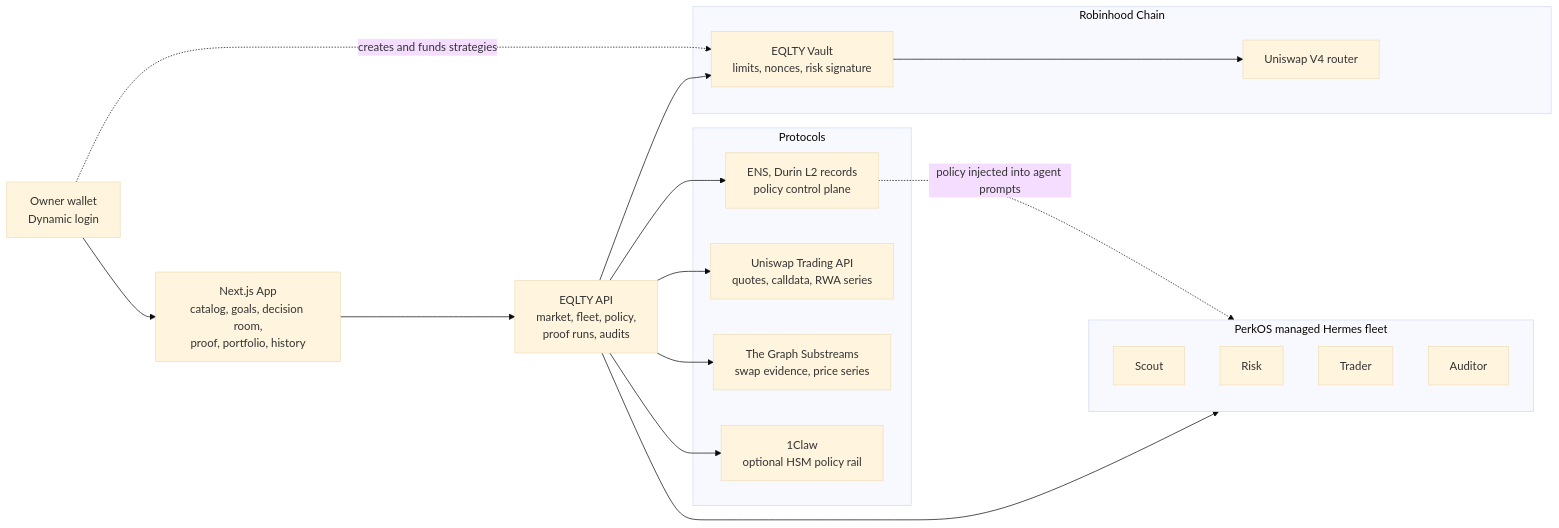
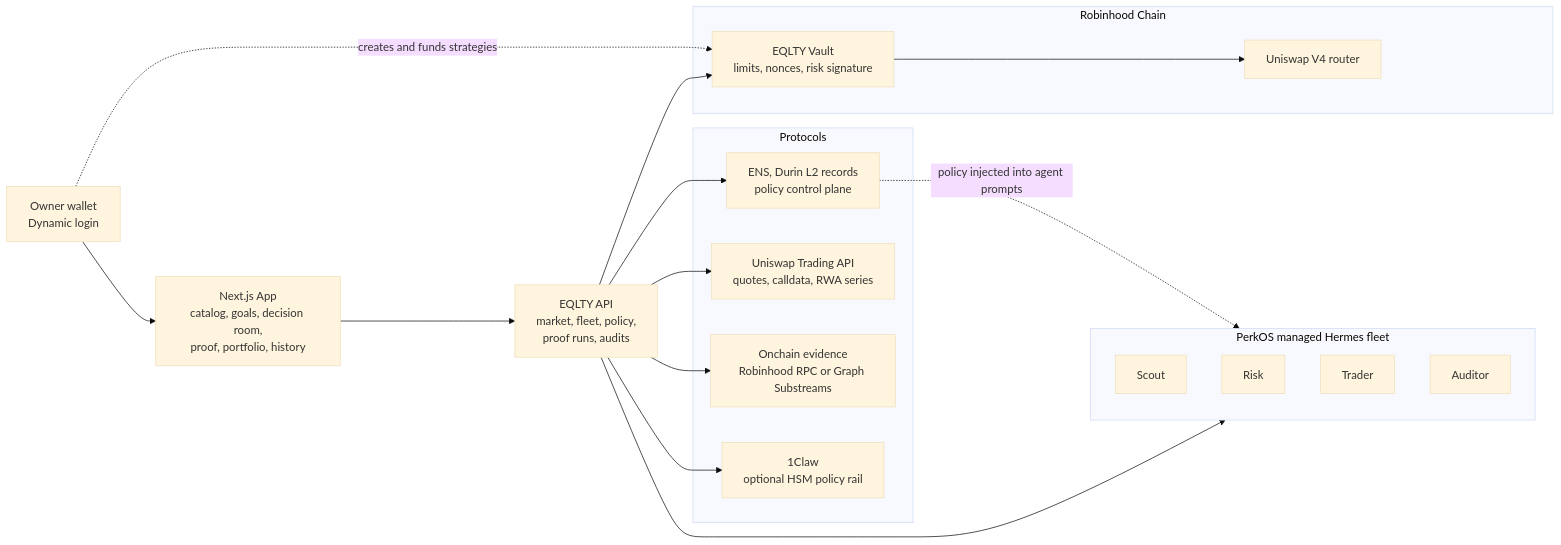
Before and after one commit to PerkOS-xyz/PerkOS-EQLTY: the first of 3 diagrams in README.md, drawn with Mermaid (base theme). The commit also changed other lines of this file and 5 other files, not shown here.

````diff
--- a/README.md
+++ b/README.md
@@ -125,34 +130,34 @@
 ```mermaid
 flowchart LR
   OWNER["Owner wallet<br/>Dynamic login"] --> APP["Next.js App<br/>catalog, goals, decision room,<br/>proof, portfolio, history"]
   APP --> API["EQLTY API<br/>market, fleet, policy,<br/>proof runs, audits"]
 
   subgraph FLEET["PerkOS managed Hermes fleet"]
     SCOUT[Scout]
     RISK[Risk]
     TRADER[Trader]
     AUDITOR[Auditor]
   end
 
   subgraph PROTOCOLS["Protocols"]
     ENS["ENS, Durin L2 records<br/>policy control plane"]
     UNI["Uniswap Trading API<br/>quotes, calldata, RWA series"]
-    GRAPH["The Graph Substreams<br/>swap evidence, price series"]
+    EVIDENCE["Onchain evidence<br/>Robinhood RPC or Graph Substreams"]
     CLAW["1Claw<br/>optional HSM policy rail"]
   end
 
   subgraph CHAIN["Robinhood Chain"]
     VAULT["EQLTY Vault<br/>limits, nonces, risk signature"]
     ROUTER["Uniswap V4 router"]
   end
 
   API --> FLEET
   API --> ENS
   API --> UNI
-  API --> GRAPH
+  API --> EVIDENCE
   API --> CLAW
   ENS -. "policy injected into agent prompts" .-> FLEET
   API --> VAULT
   VAULT --> ROUTER
   OWNER -. "creates and funds strategies" .-> VAULT
 ```
````
